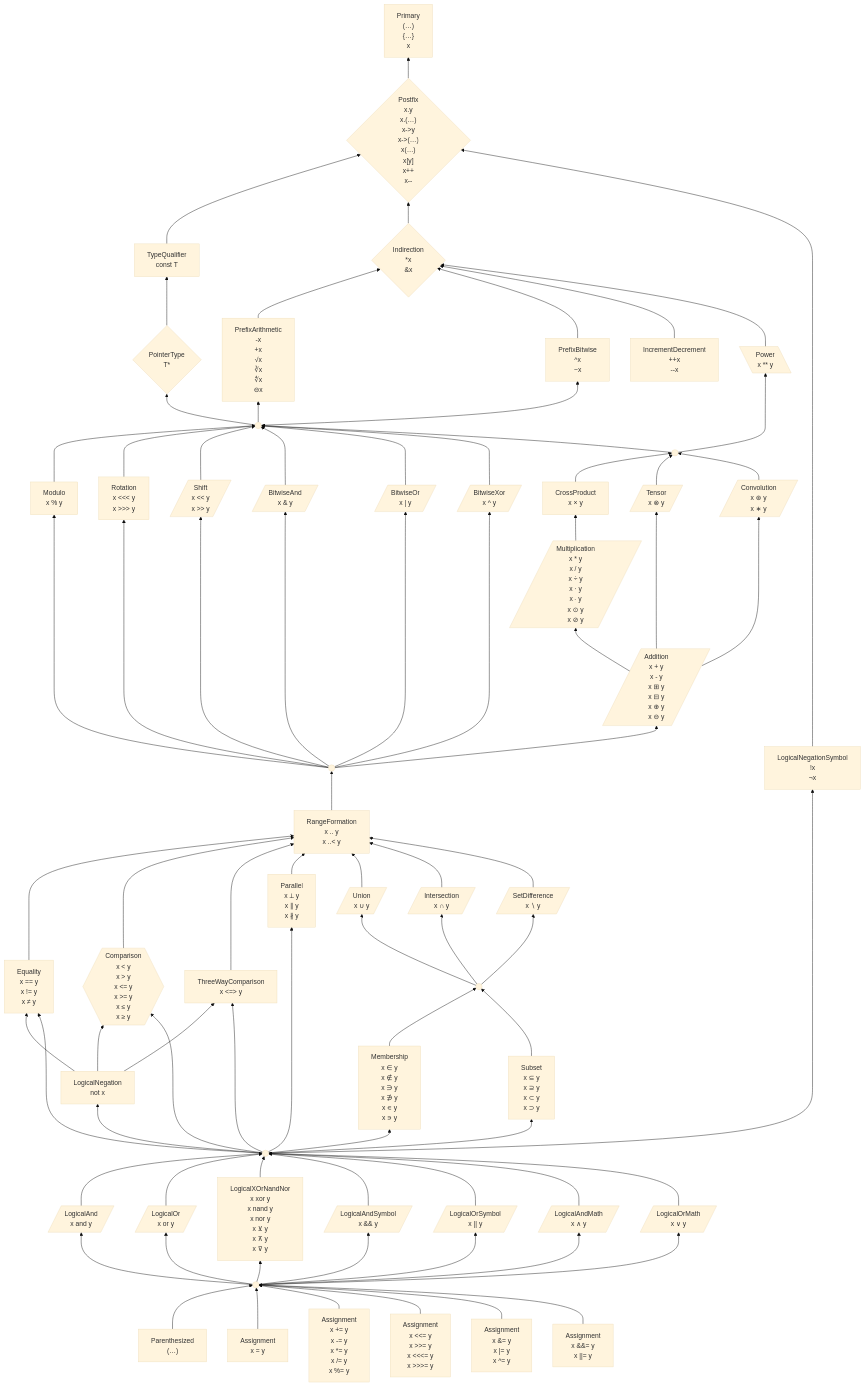
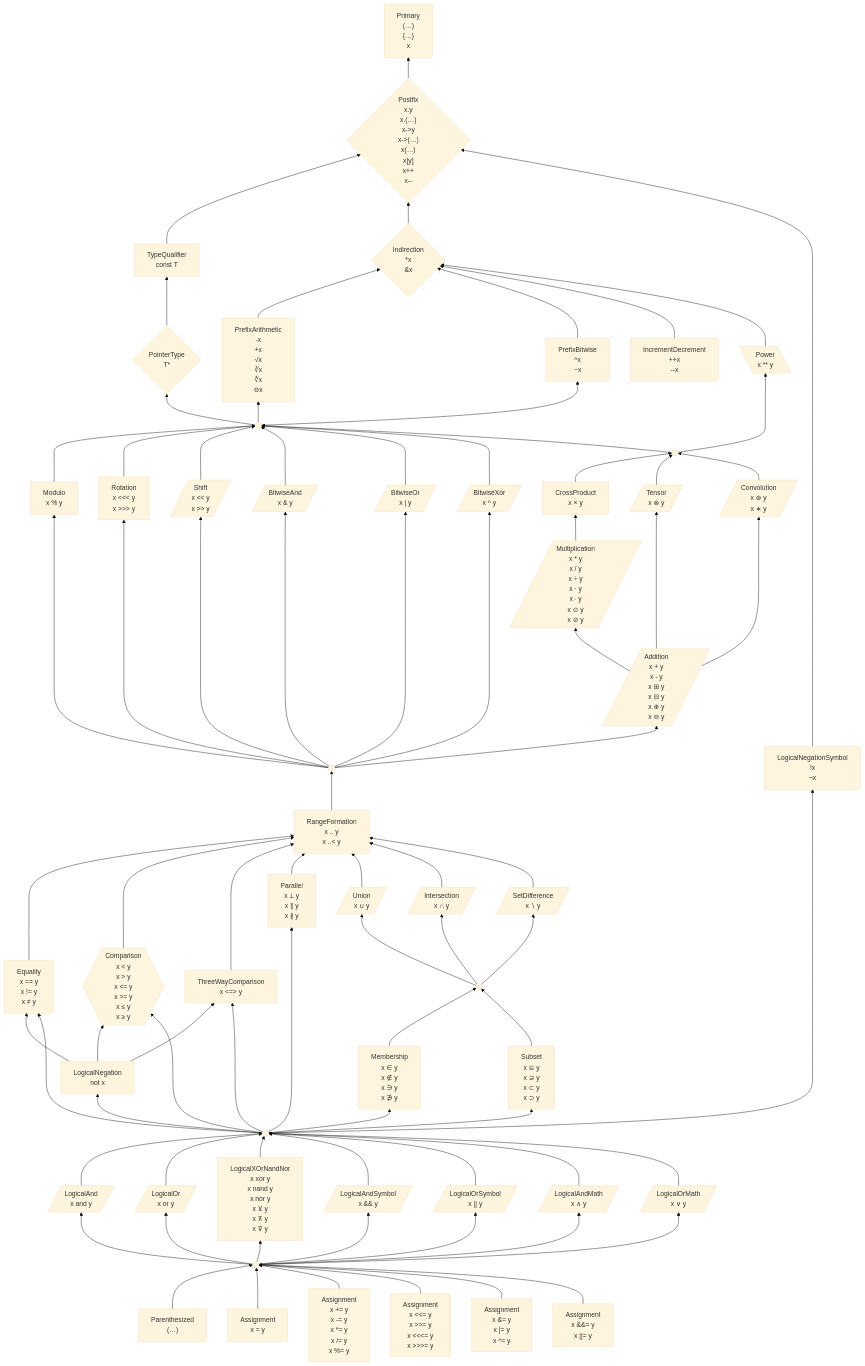
One commit to laro/Cilia changed the first of 2 diagrams in 6 .../2 Unfinished Ideas.md. Above: the diagram before and after it, drawn with Mermaid (base theme).

Commit message:
Update 2 Unfinished Ideas.md

```diff
--- a/6 .../2 Unfinished Ideas.md
+++ b/6 .../2 Unfinished Ideas.md
@@ -340,9 +340,7 @@
 x ∈ y
 x ∉ y
 x ∋ y
-x ∌ y
-x ∊ y
-x ∍ y"]
+x ∌ y"]
     subset["Subset
 x ⊆ y
 x ⊇ y
```
